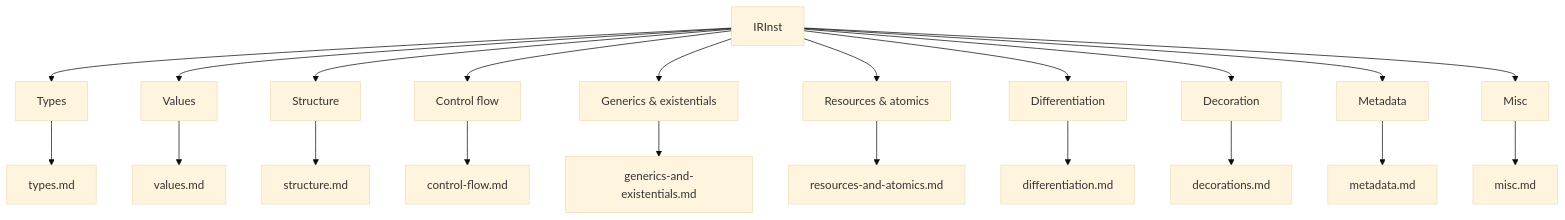
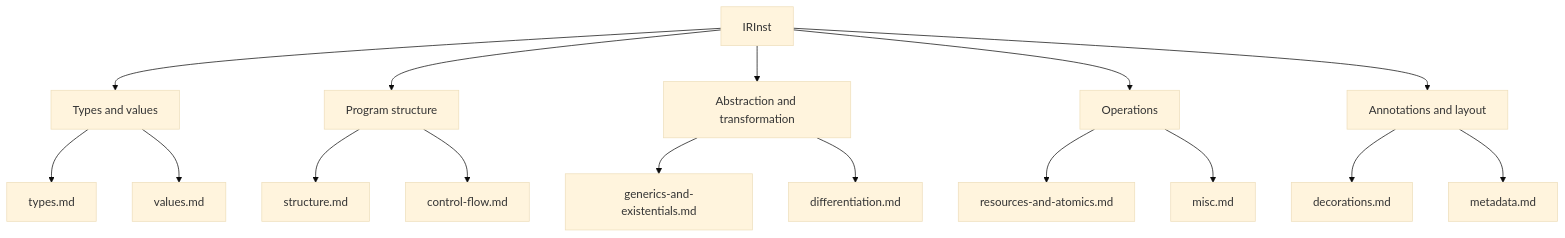
One commit to shader-slang/slang changed the diagram in docs/generated/design/ir-reference/index.md. Above: the diagram before and after it, drawn with Mermaid (base theme). The commit also changed other lines of this file and 176 other files, not shown here.

````diff
--- a/docs/generated/design/ir-reference/index.md
+++ b/docs/generated/design/ir-reference/index.md
@@ -48,23 +35,18 @@
 ```mermaid
 flowchart TD
-  IRInst --> Types["Types"]
-  IRInst --> Values["Values"]
-  IRInst --> Structure["Structure"]
-  IRInst --> ControlFlow["Control flow"]
-  IRInst --> GenericsExistentials["Generics &amp; existentials"]
-  IRInst --> ResourcesAtomics["Resources &amp; atomics"]
-  IRInst --> Differentiation["Differentiation"]
-  IRInst --> Decoration["Decoration"]
-  IRInst --> Metadata["Metadata"]
-  IRInst --> Misc["Misc"]
-  Types --> types_md["types.md"]
-  Values --> values_md["values.md"]
-  Structure --> structure_md["structure.md"]
-  ControlFlow --> controlflow_md["control-flow.md"]
-  GenericsExistentials --> generics_md["generics-and-existentials.md"]
-  ResourcesAtomics --> resources_md["resources-and-atomics.md"]
-  Differentiation --> differentiation_md["differentiation.md"]
-  Decoration --> decorations_md["decorations.md"]
-  Metadata --> metadata_md["metadata.md"]
-  Misc --> misc_md["misc.md"]
+  IRInst --> TypesAndValues["Types and values"]
+  IRInst --> ProgramStructure["Program structure"]
+  IRInst --> Abstraction["Abstraction and transformation"]
+  IRInst --> Operations["Operations"]
+  IRInst --> Annotations["Annotations and layout"]
+  TypesAndValues --> types_md["types.md"]
+  TypesAndValues --> values_md["values.md"]
+  ProgramStructure --> structure_md["structure.md"]
+  ProgramStructure --> controlflow_md["control-flow.md"]
+  Abstraction --> generics_md["generics-and-existentials.md"]
+  Abstraction --> differentiation_md["differentiation.md"]
+  Operations --> resources_md["resources-and-atomics.md"]
+  Operations --> misc_md["misc.md"]
+  Annotations --> decorations_md["decorations.md"]
+  Annotations --> metadata_md["metadata.md"]
 ```
````
